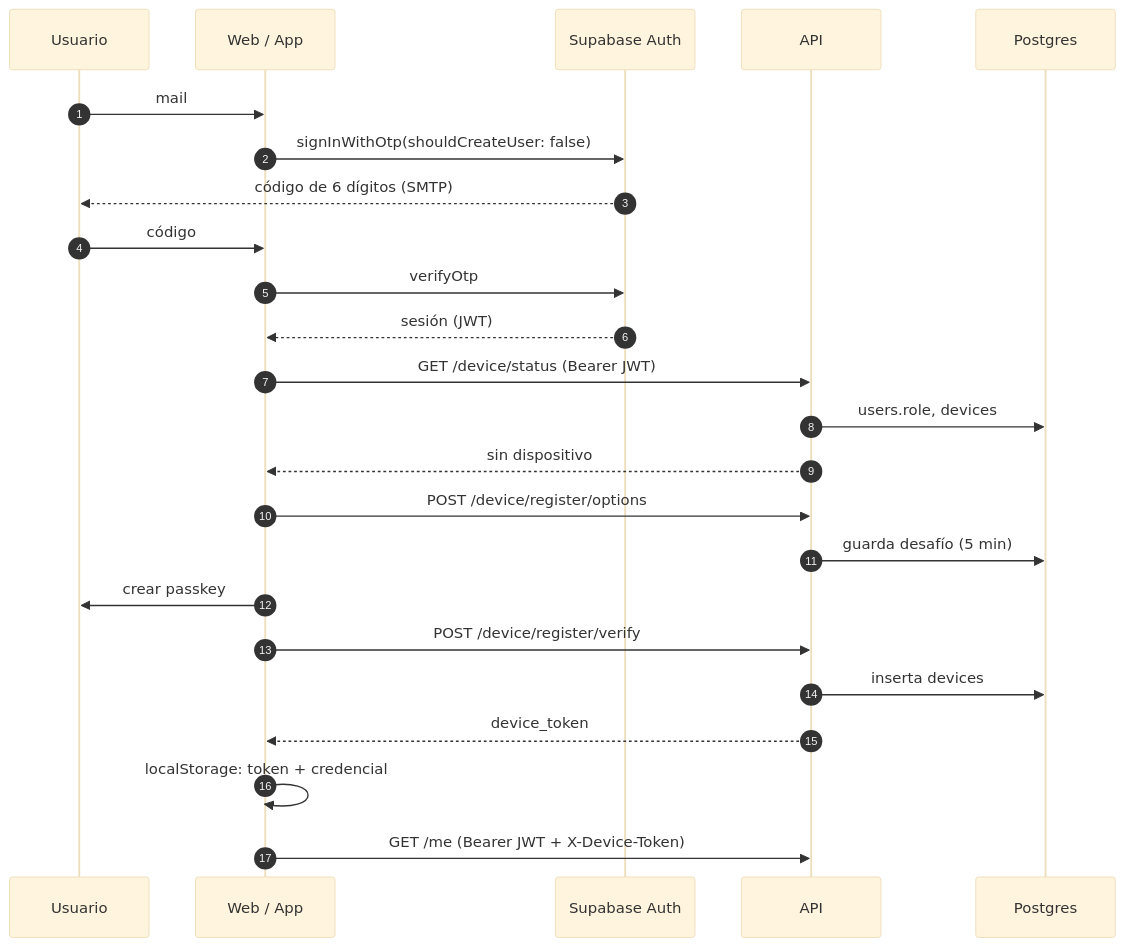
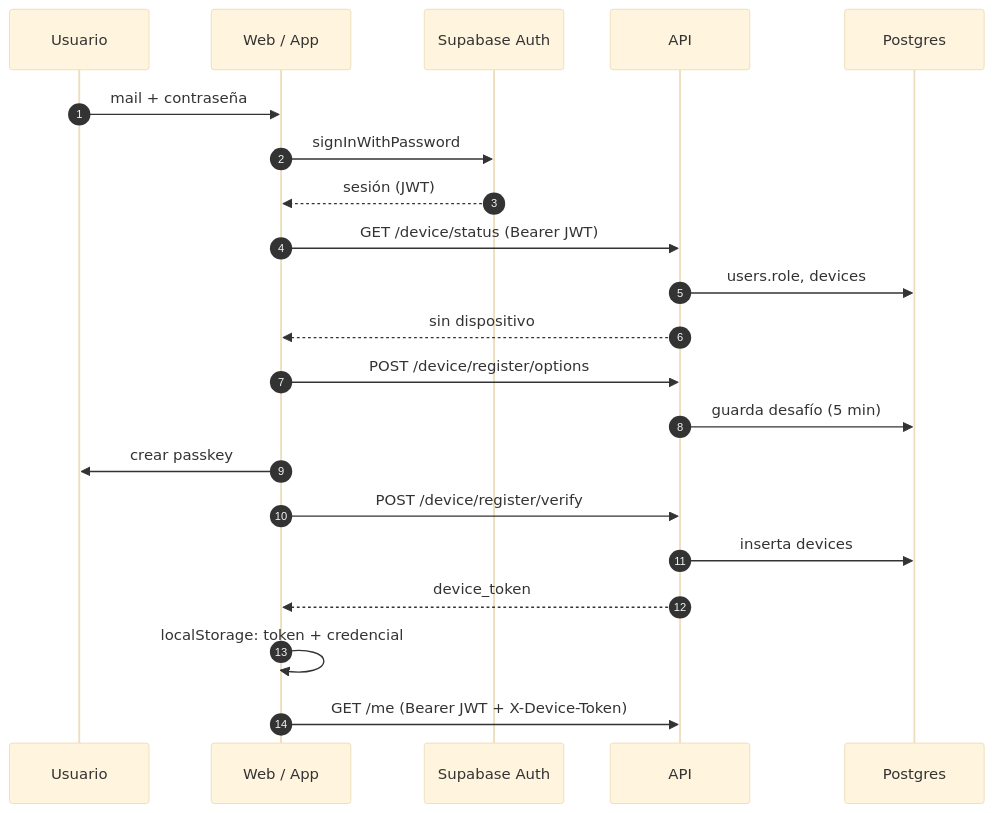
The third of 5 diagrams in docs/architecture.md (Nicolasgh91/red-cuidarte), drawn with Mermaid (base theme) before and after one commit. The commit also changed other lines of this file and 36 other files, not shown here.

````diff
--- a/docs/architecture.md
+++ b/docs/architecture.md
@@ -273,27 +274,24 @@
 ```mermaid
 sequenceDiagram
   autonumber
   participant U as Usuario
   participant W as Web / App
   participant SA as Supabase Auth
   participant API
   participant DB as Postgres
 
-  U->>W: mail
-  W->>SA: signInWithOtp(shouldCreateUser: false)
-  SA-->>U: código de 6 dígitos (SMTP)
-  U->>W: código
-  W->>SA: verifyOtp
+  U->>W: mail + contraseña
+  W->>SA: signInWithPassword
   SA-->>W: sesión (JWT)
   W->>API: GET /device/status (Bearer JWT)
   API->>DB: users.role, devices
   API-->>W: sin dispositivo
   W->>API: POST /device/register/options
   API->>DB: guarda desafío (5 min)
   W->>U: crear passkey
   W->>API: POST /device/register/verify
   API->>DB: inserta devices
   API-->>W: device_token
   W->>W: localStorage: token + credencial
   W->>API: GET /me (Bearer JWT + X-Device-Token)
 ```
````
